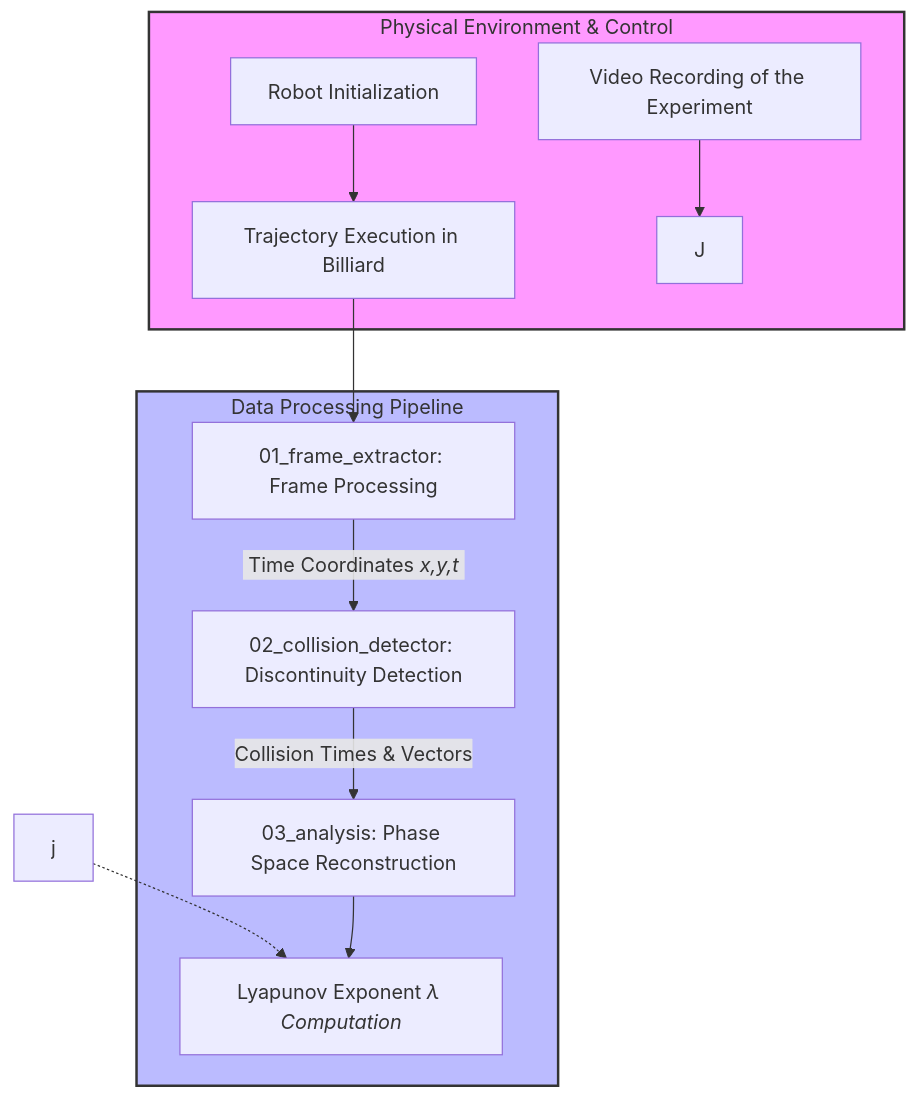
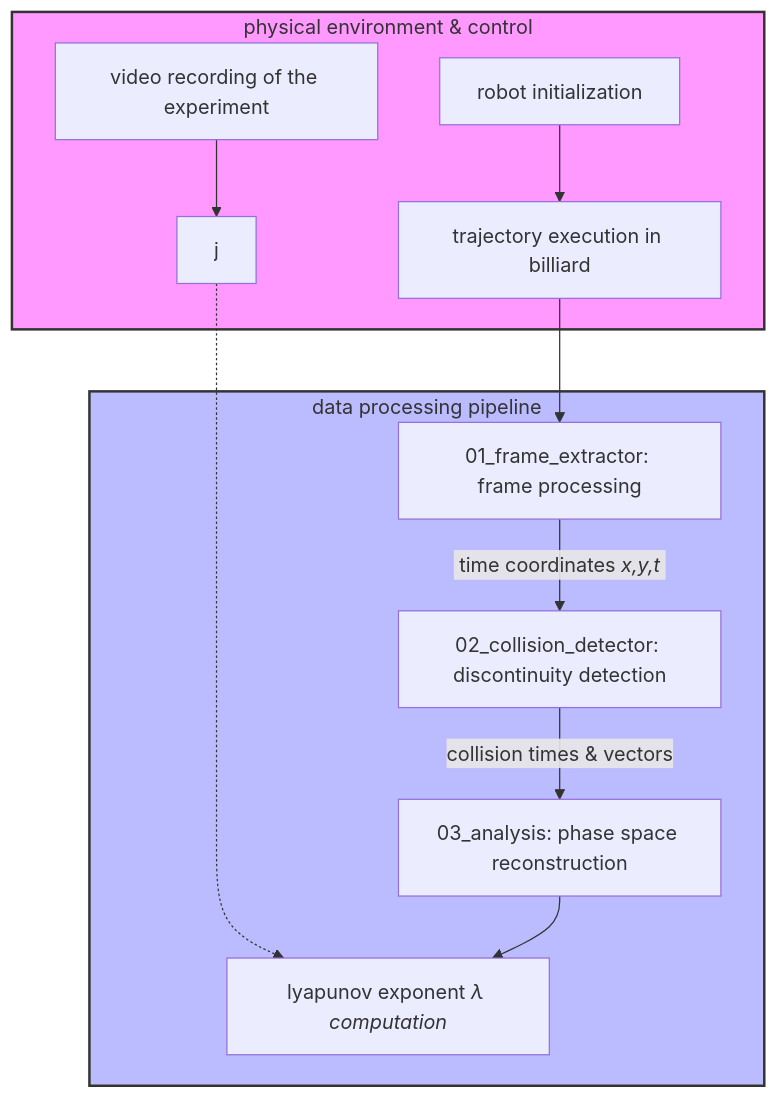
Before and after one commit to Kyrnthplus/Classical_Billiards_Dynamics_Using_an_Autonomous_Robot_and_Image_Analysis: the diagram in README.md, drawn with Mermaid.

````diff
--- a/README.md
+++ b/README.md
@@ -30,17 +30,20 @@
 ```mermaid
 flowchart TD
-    subgraph PhysicalExperiment [Physical Environment & Control]
-        A[Robot Initialization] --> B[Trajectory Execution in Billiard]
-        C[Video Recording of the Experiment] --> J
-    end
-    j -.-> G
-    subgraph SoftwarePipeline [Data Processing Pipeline]
-        B --> D[01_frame_extractor: Frame Processing]
-        D -->|&nbsp;Time Coordinates <i>x,y,t<i>&nbsp;| E[02_collision_detector: Discontinuity Detection]
-        E -->|Collision Times & Vectors| F[03_analysis: Phase Space Reconstruction]
-        F --> G[Lyapunov Exponent <i>&lambda;<i> Computation]
+    subgraph physicalexperiment [physical environment & control]
+        a[robot initialization] --> b[trajectory execution in billiard]
+        c[video recording of the experiment] --> j
     end
 
-    style PhysicalExperiment fill:#f9f,stroke:#333,stroke-width:2px
-    style SoftwarePipeline fill:#bbf,stroke:#333,stroke-width:2px
+    j -.-> g
+
+    subgraph softwarepipeline [data processing pipeline]
+        b --> d[01_frame_extractor: frame processing]
+        d -->|&nbsp;time coordinates <i>x,y,t<i>&nbsp;| e[02_collision_detector: discontinuity detection]
+        e -->|collision times & vectors| f[03_analysis: phase space reconstruction]
+        f --> g[lyapunov exponent <i>&lambda;<i> computation]
+    end
+
+    style physicalexperiment fill:#f9f,stroke:#333,stroke-width:2px
+    style softwarepipeline fill:#bbf,stroke:#333,stroke-width:2px
+
 ```
````
